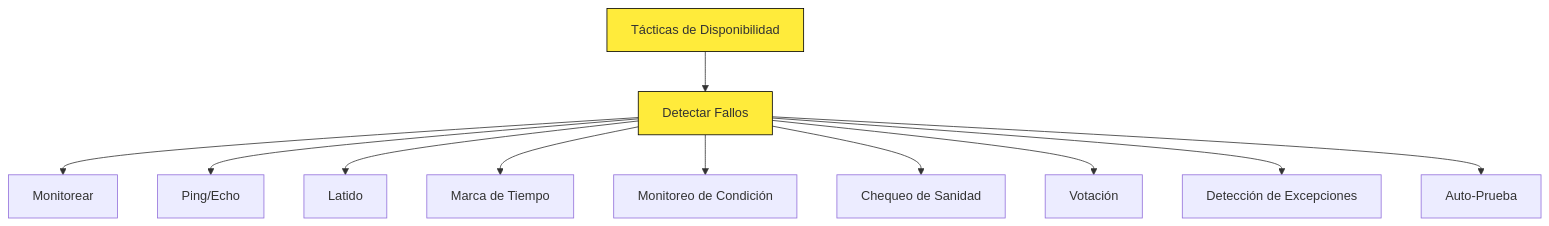
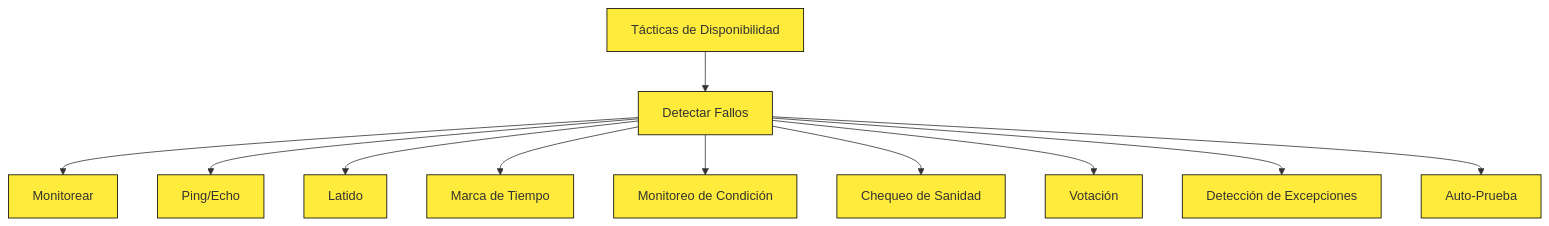
Before and after one commit to hectorip/Diagramas-Mermaid: the diagram in ports_and_adapters.mmd, drawn with Mermaid.

Commit message:
Ports and adapaters

```diff
--- a/ports_and_adapters.mmd
+++ b/ports_and_adapters.mmd
@@ -1,68 +1,70 @@
 graph 
     A["Tácticas de Disponibilidad"] --> B["Detectar Fallos"]
 
     
     B --> B1["Monitorear"]
     B --> B2["Ping/Echo"]
     B --> B3["Latido"]
     B --> B4["Marca de Tiempo"]
     B --> B5["Monitoreo de Condición"]
     B --> B6["Chequeo de Sanidad"]
     B --> B7["Votación"]
     B --> B8["Detección de Excepciones"]
     B --> B9["Auto-Prueba"]
     
     %% C --> E["Preparación y Reparación"]
     %% C --> F["Reintroducción"]
     
     %% E --> E1["Repuesto Redundante"]
     %% E --> E2["Reversión"]
     %% E --> E3["Manejo de Excepciones"]
     %% E --> E4["Actualización de Software"]
     %% E --> E5["Reintento"]
     %% E --> E6["Ignorar Comportamiento Defectuoso"]
     %% E --> E7["Degradación Gradual"]
     %% E --> E8["Reconfiguración"]
     
     %% F --> F1["Sombra"]
     %% F --> F2["Resincronización de Estado"]
     %% F --> F3["Reinicio Escalonado"]
     %% F --> F4["Reenvío Continuo"]
     
     %% D --> D1["Eliminación del Servicio"]
     %% D --> D2["Transacciones"]
     %% D --> D3["Modelo Predictivo"]
+
+
     %% D --> D4["Prevención de Excepciones"]
     %% D --> D5["Aumento del Conjunto de Competencias"]
 
     style A fill:#FFEB3B,stroke:#000,stroke-width:1px
     style B fill:#FFEB3B,stroke:#000,stroke-width:1px
+    style B1 fill:#FFEB3B,stroke:#000,stroke-width:1px
+    style B2 fill:#FFEB3B,stroke:#000,stroke-width:1px
+    style B3 fill:#FFEB3B,stroke:#000,stroke-width:1px
+    style B4 fill:#FFEB3B,stroke:#000,stroke-width:1px
+    style B5 fill:#FFEB3B,stroke:#000,stroke-width:1px
+    style B6 fill:#FFEB3B,stroke:#000,stroke-width:1px
+    style B7 fill:#FFEB3B,stroke:#000,stroke-width:1px
+    style B8 fill:#FFEB3B,stroke:#000,stroke-width:1px
+    style B9 fill:#FFEB3B,stroke:#000,stroke-width:1px
+    %% style E fill:#FFEB3B,stroke:#000,stroke-width:1px
 
-    %% style B1 fill:#FFEB3B,stroke:#000,stroke-width:1px
-    %% style B2 fill:#FFEB3B,stroke:#000,stroke-width:1px
-    %% style B3 fill:#FFEB3B,stroke:#000,stroke-width:1px
-    %% style B4 fill:#FFEB3B,stroke:#000,stroke-width:1px
-    %% style B5 fill:#FFEB3B,stroke:#000,stroke-width:1px
-    %% style B6 fill:#FFEB3B,stroke:#000,stroke-width:1px
-    %% style B7 fill:#FFEB3B,stroke:#000,stroke-width:1px
-    %% style B8 fill:#FFEB3B,stroke:#000,stroke-width:1px
-    %% style B9 fill:#FFEB3B,stroke:#000,stroke-width:1px
-    %% style E fill:#FFEB3B,stroke:#000,stroke-width:1px
     %% style F fill:#FFEB3B,stroke:#000,stroke-width:1px
     %% style E1 fill:#FFEB3B,stroke:#000,stroke-width:1px
     %% style E2 fill:#FFEB3B,stroke:#000,stroke-width:1px
     %% style E3 fill:#FFEB3B,stroke:#000,stroke-width:1px
     %% style E4 fill:#FFEB3B,stroke:#000,stroke-width:1px
     %% style E5 fill:#FFEB3B,stroke:#000,stroke-width:1px
     %% style E6 fill:#FFEB3B,stroke:#000,stroke-width:1px
     %% style E7 fill:#FFEB3B,stroke:#000,stroke-width:1px
     %% style E8 fill:#FFEB3B,stroke:#000,stroke-width:1px
     %% style F1 fill:#FFEB3B,stroke:#000,stroke-width:1px
     %% style F2 fill:#FFEB3B,stroke:#000,stroke-width:1px
     %% style F3 fill:#FFEB3B,stroke:#000,stroke-width:1px
     %% style F4 fill:#FFEB3B,stroke:#000,stroke-width:1px
     %% style D1 fill:#FFEB3B,stroke:#000,stroke-width:1px
     %% style D2 fill:#FFEB3B,stroke:#000,stroke-width:1px
     %% style D3 fill:#FFEB3B,stroke:#000,stroke-width:1px
     %% style D4 fill:#FFEB3B,stroke:#000,stroke-width:1px
     %% style D5 fill:#FFEB3B,stroke:#000,stroke-width:1px
```
